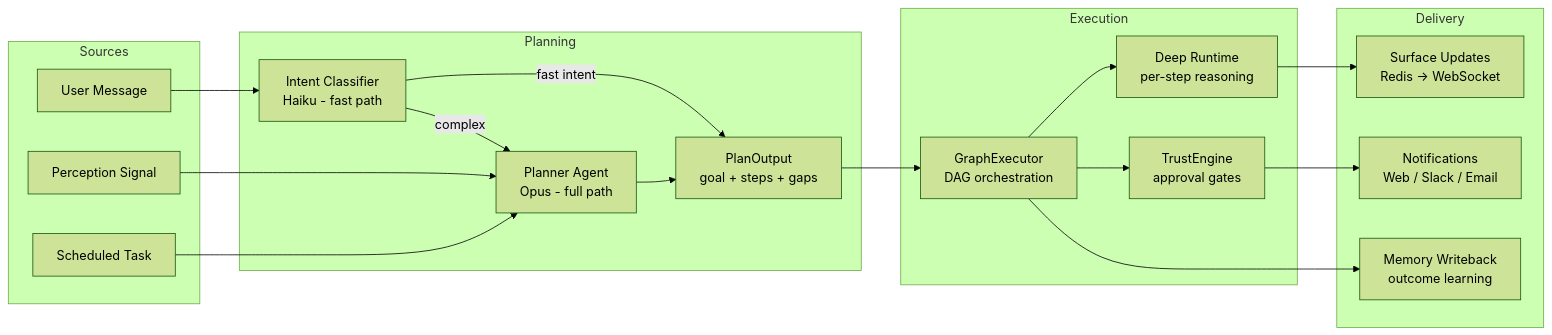
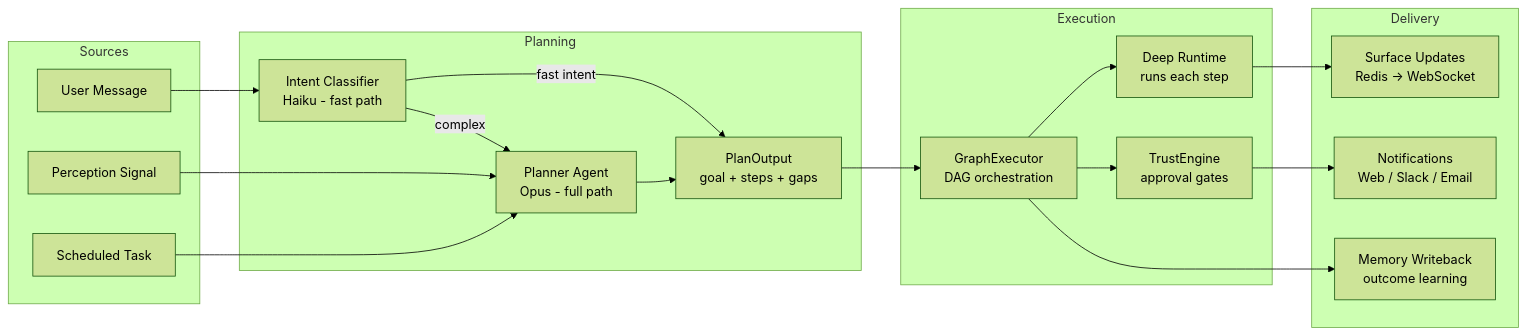
Before and after one commit to shivadharmi/muldro: the first of 17 diagrams in docs/architecture/plan-execution-deep-dive.md, drawn with Mermaid (forest theme). The commit also changed other lines of this file and 13 other files, not shown here.

````diff
--- a/docs/architecture/plan-execution-deep-dive.md
+++ b/docs/architecture/plan-execution-deep-dive.md
@@ -30,39 +30,39 @@
 ```mermaid
 flowchart LR
     subgraph Sources
         A[User Message]
         B[Perception Signal]
         C[Scheduled Task]
     end
 
     subgraph Planning
         D[Intent Classifier<br/>Haiku - fast path]
         E[Planner Agent<br/>Opus - full path]
         F[PlanOutput<br/>goal + steps + gaps]
     end
 
     subgraph Execution
         G[GraphExecutor<br/>DAG orchestration]
-        H[Deep Runtime<br/>per-step reasoning]
+        H[Deep Runtime<br/>runs each step]
         I[TrustEngine<br/>approval gates]
     end
 
     subgraph Delivery
         J[Surface Updates<br/>Redis → WebSocket]
         K[Notifications<br/>Web / Slack / Email]
         L[Memory Writeback<br/>outcome learning]
     end
 
     A --> D
     B --> E
     C --> E
     D -->|fast intent| F
     D -->|complex| E
     E --> F
     F --> G
     G --> H
     G --> I
     H --> J
     I --> K
     G --> L
 ```
````
